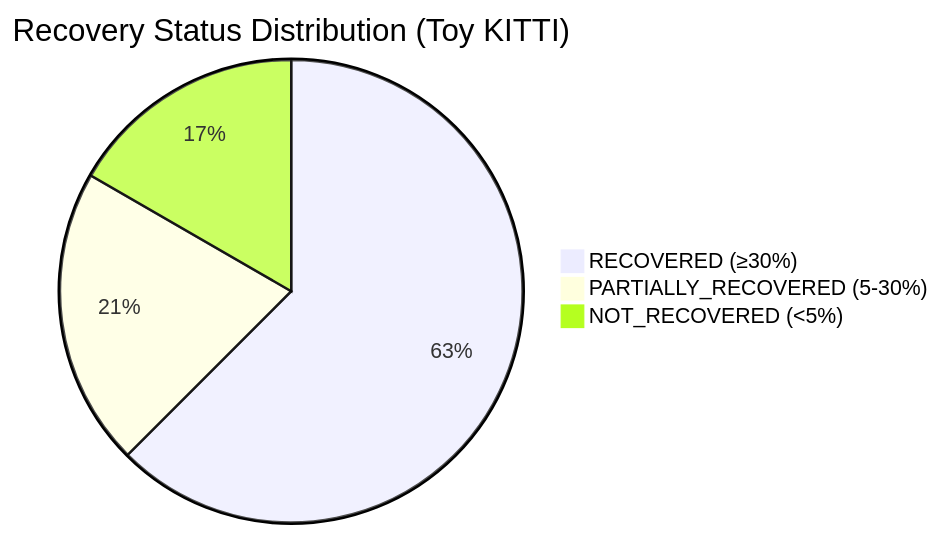
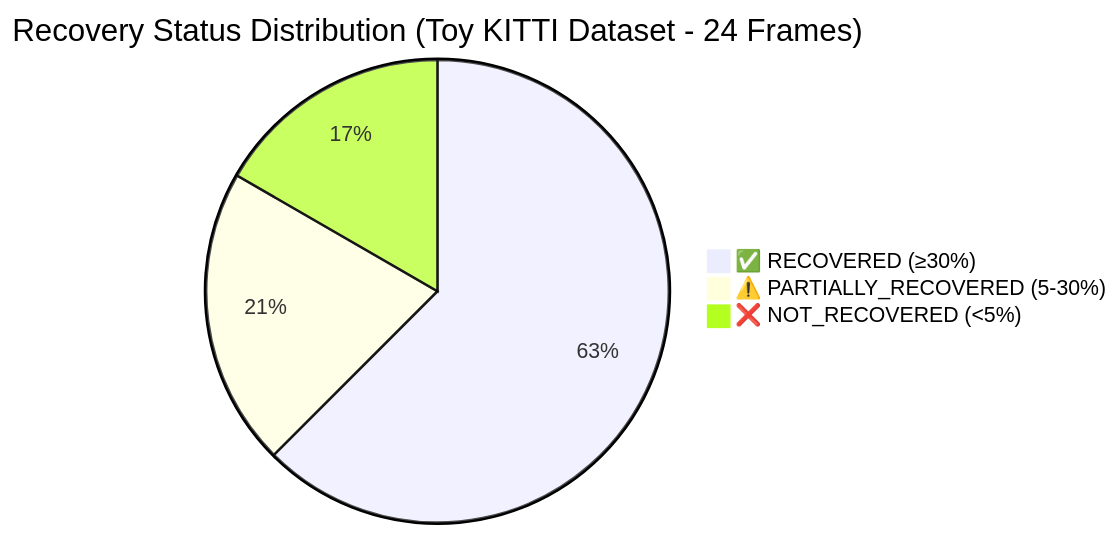
Before and after one commit to yunjinyong730/Camera_LiDAR_Sensor_Calibration_Aware_Failure_Monitoring: the first of 7 diagrams in README.md, drawn with Mermaid. The commit also changed other lines of this file, not shown here.

````diff
--- a/README.md
+++ b/README.md
@@ -281,6 +281,6 @@
 ```mermaid
-pie title Recovery Status Distribution (Toy KITTI)
-    "RECOVERED (≥30%)" : 15
-    "PARTIALLY_RECOVERED (5-30%)" : 5
-    "NOT_RECOVERED (<5%)" : 4
+pie title Recovery Status Distribution (Toy KITTI Dataset - 24 Frames)
+    "✅ RECOVERED (≥30%)" : 15
+    "⚠️ PARTIALLY_RECOVERED (5-30%)" : 5
+    "❌ NOT_RECOVERED (<5%)" : 4
 ```
````
